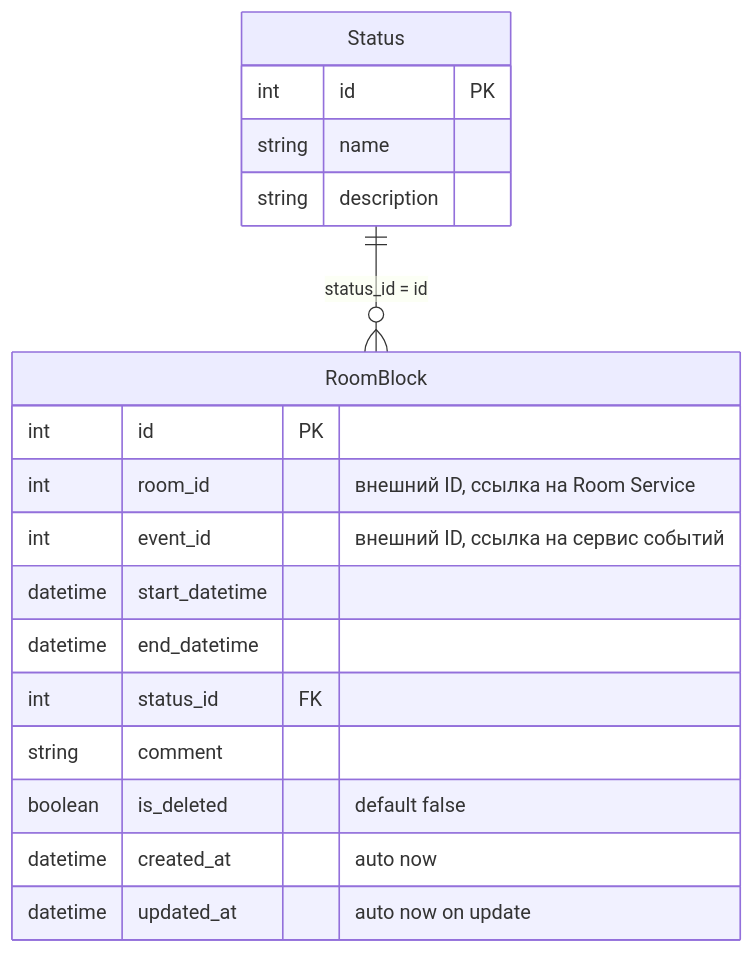
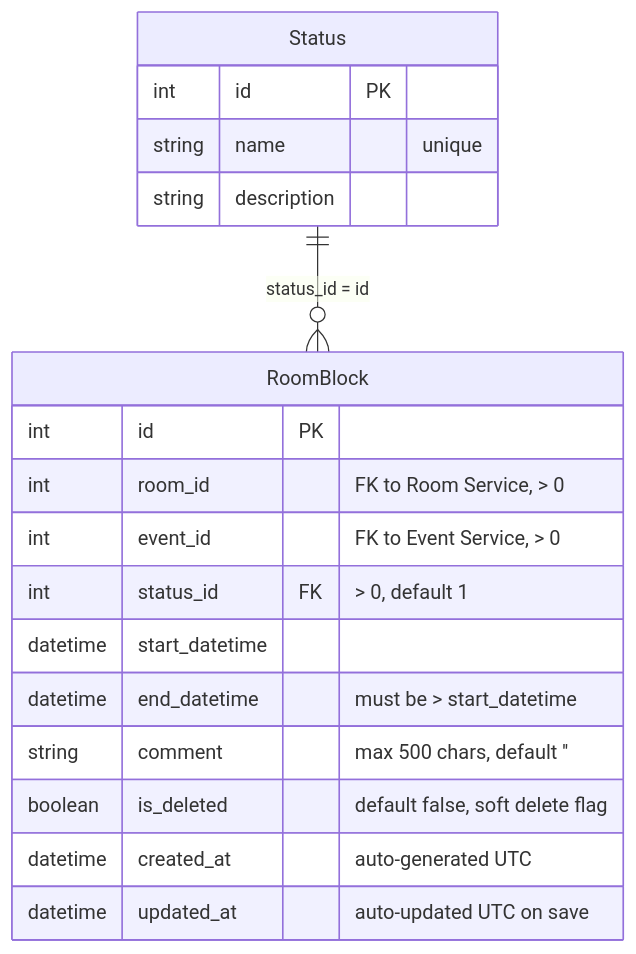
Before and after one commit to super122gg/KPK_UP2_23-1P9: the diagram in S24/doc.md, drawn with Mermaid. The commit also changed other lines of this file, not shown here.

````diff
--- a/S24/doc.md
+++ b/S24/doc.md
@@ -8,21 +8,21 @@
 ```mermaid
 erDiagram
     Status {
         int id PK
-        string name
+        string name "unique"
         string description
     }
     RoomBlock {
         int id PK
-        int room_id "внешний ID, ссылка на Room Service"
-        int event_id "внешний ID, ссылка на сервис событий"
+        int room_id "FK to Room Service, > 0"
+        int event_id "FK to Event Service, > 0"
+        int status_id FK "> 0, default 1"
         datetime start_datetime
-        datetime end_datetime
-        int status_id FK
-        string comment
-        boolean is_deleted "default false"
-        datetime created_at "auto now"
-        datetime updated_at "auto now on update"
+        datetime end_datetime "must be > start_datetime"
+        string comment "max 500 chars, default ''"
+        boolean is_deleted "default false, soft delete flag"
+        datetime created_at "auto-generated UTC"
+        datetime updated_at "auto-updated UTC on save"
     }
     Status ||--o{ RoomBlock : "status_id = id"
 ```
````
